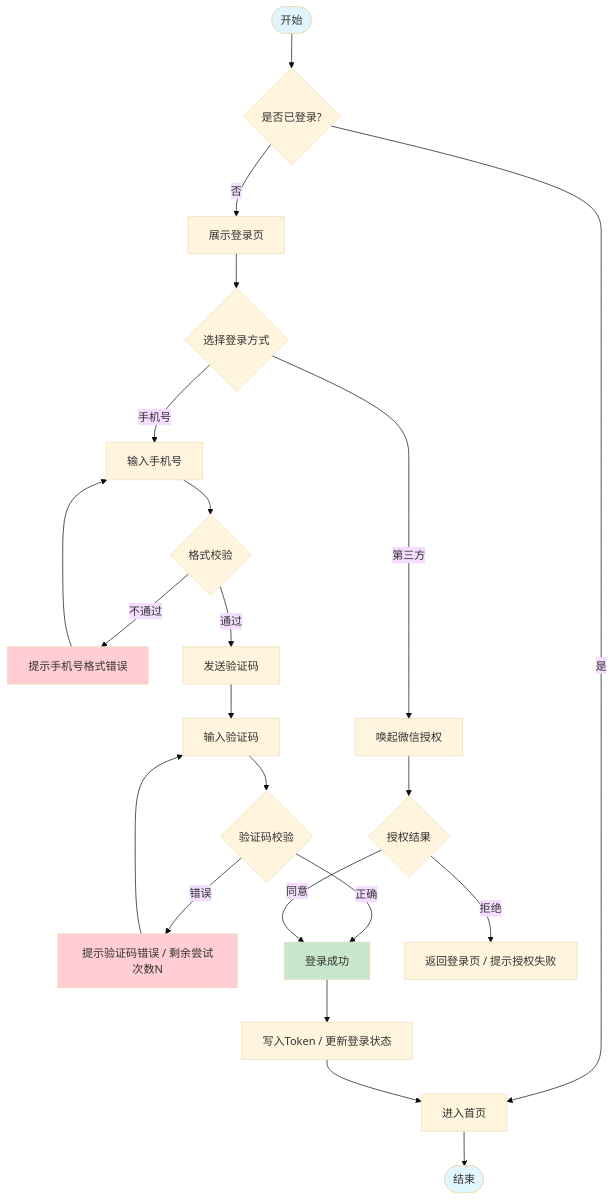
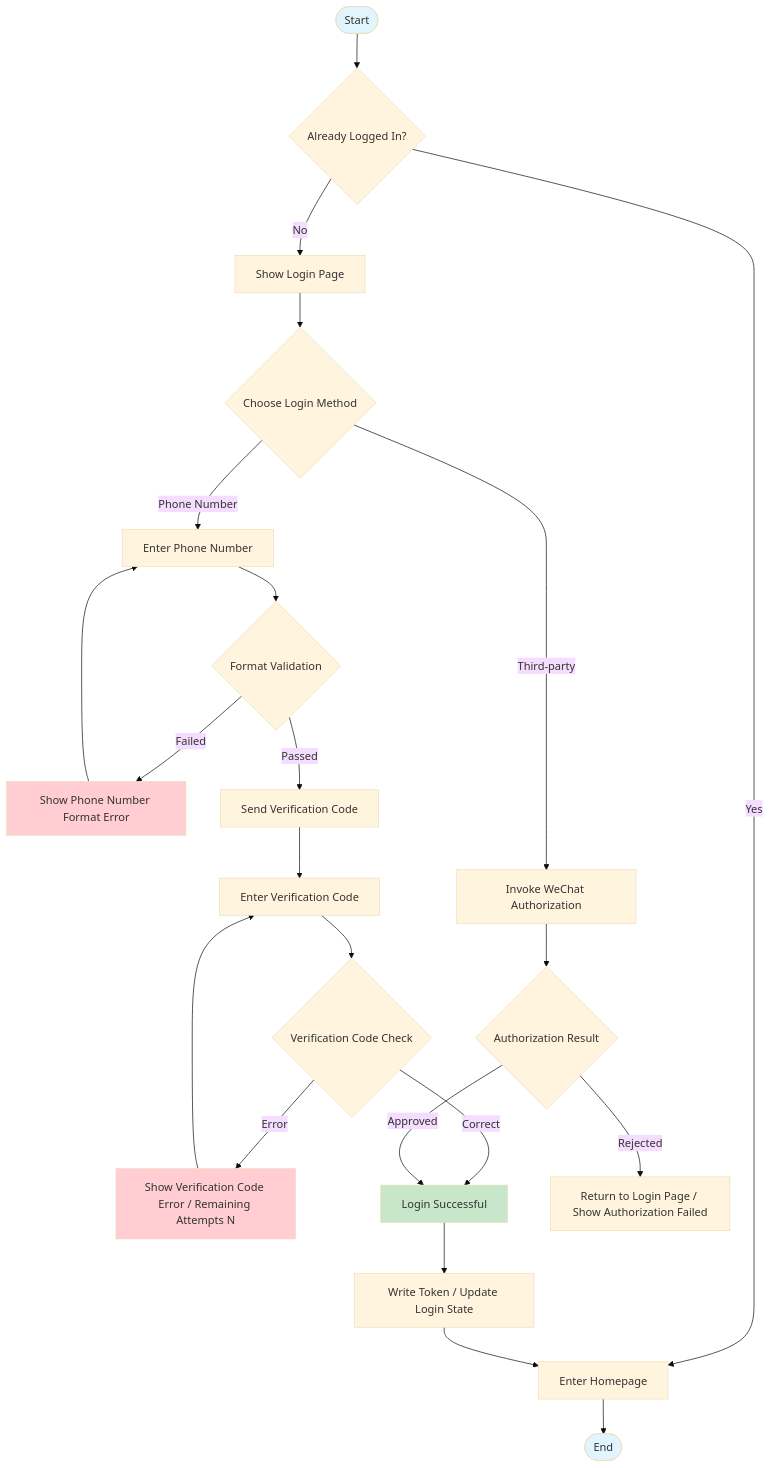
One commit to Kirky-X/cangjie changed the fourth of 12 diagrams in templates/产品/产品层/【模板】产品需求文档.md. Above: the diagram before and after it, drawn with Mermaid (base theme). The commit also changed other lines of this file and 46 other files, not shown here.

````diff
--- a/templates/产品/产品层/【模板】产品需求文档.md
+++ b/templates/产品/产品层/【模板】产品需求文档.md
@@ -222,30 +222,30 @@
 ```mermaid
 flowchart TD
-    Start([开始]) --> A{是否已登录?}
-    A -->|是| B[进入首页]
-    A -->|否| C[展示登录页]
-    C --> D{选择登录方式}
-    D -->|手机号| E[输入手机号]
-    D -->|第三方| F[唤起微信授权]
-    E --> G{格式校验}
-    G -->|不通过| H[提示手机号格式错误]
+    Start([Start]) --> A{Already Logged In?}
+    A -->|Yes| B[Enter Homepage]
+    A -->|No| C[Show Login Page]
+    C --> D{Choose Login Method}
+    D -->|Phone Number| E[Enter Phone Number]
+    D -->|Third-party| F[Invoke WeChat Authorization]
+    E --> G{Format Validation}
+    G -->|Failed| H[Show Phone Number Format Error]
     H --> E
-    G -->|通过| I[发送验证码]
-    I --> J[输入验证码]
-    J --> K{验证码校验}
-    K -->|错误| L[提示验证码错误 / 剩余尝试次数N]
+    G -->|Passed| I[Send Verification Code]
+    I --> J[Enter Verification Code]
+    J --> K{Verification Code Check}
+    K -->|Error| L[Show Verification Code Error / Remaining Attempts N]
     L --> J
-    K -->|正确| M[登录成功]
-    F --> N{授权结果}
-    N -->|拒绝| O[返回登录页 / 提示授权失败]
-    N -->|同意| M
-    M --> P[写入Token / 更新登录状态]
+    K -->|Correct| M[Login Successful]
+    F --> N{Authorization Result}
+    N -->|Rejected| O[Return to Login Page / Show Authorization Failed]
+    N -->|Approved| M
+    M --> P[Write Token / Update Login State]
     P --> B
-    B --> End([结束])
+    B --> End([End])
 
     style Start fill:#e1f5fe
     style End fill:#e1f5fe
     style M fill:#c8e6c9
     style H fill:#ffcdd2
     style L fill:#ffcdd2
 ```
````
